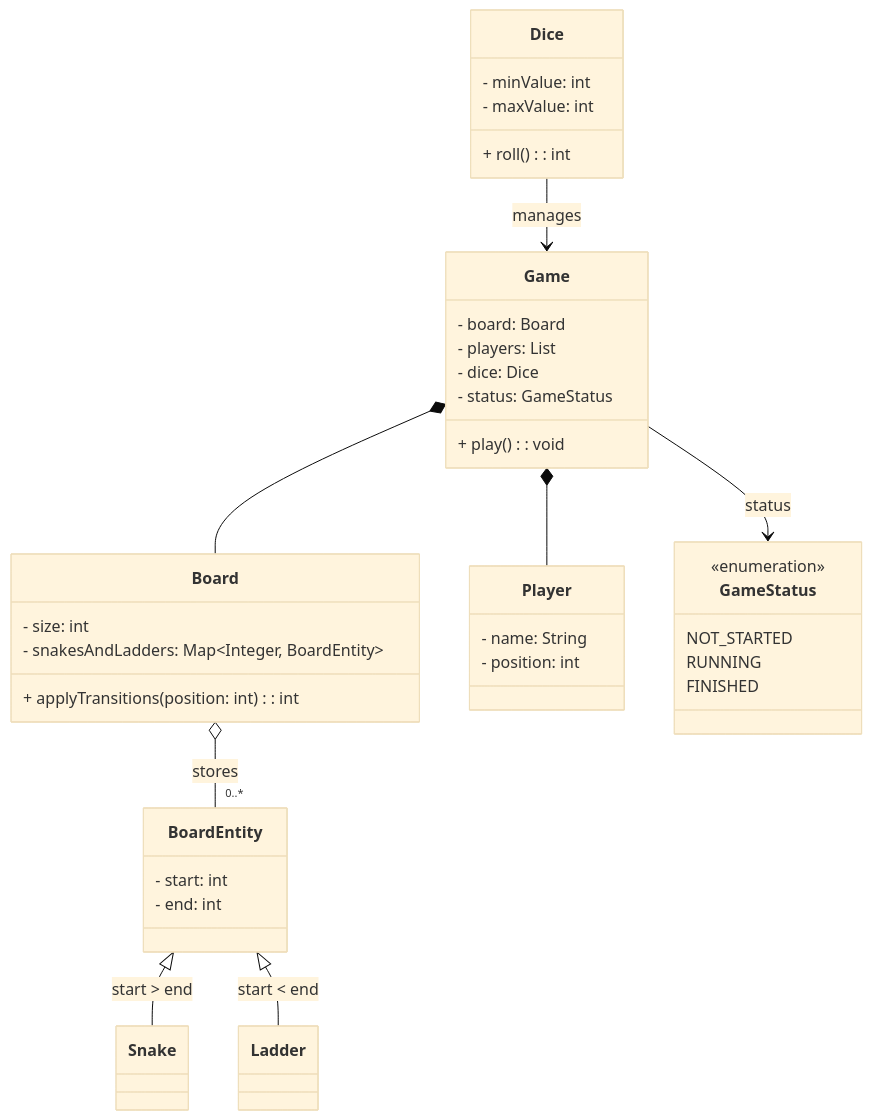
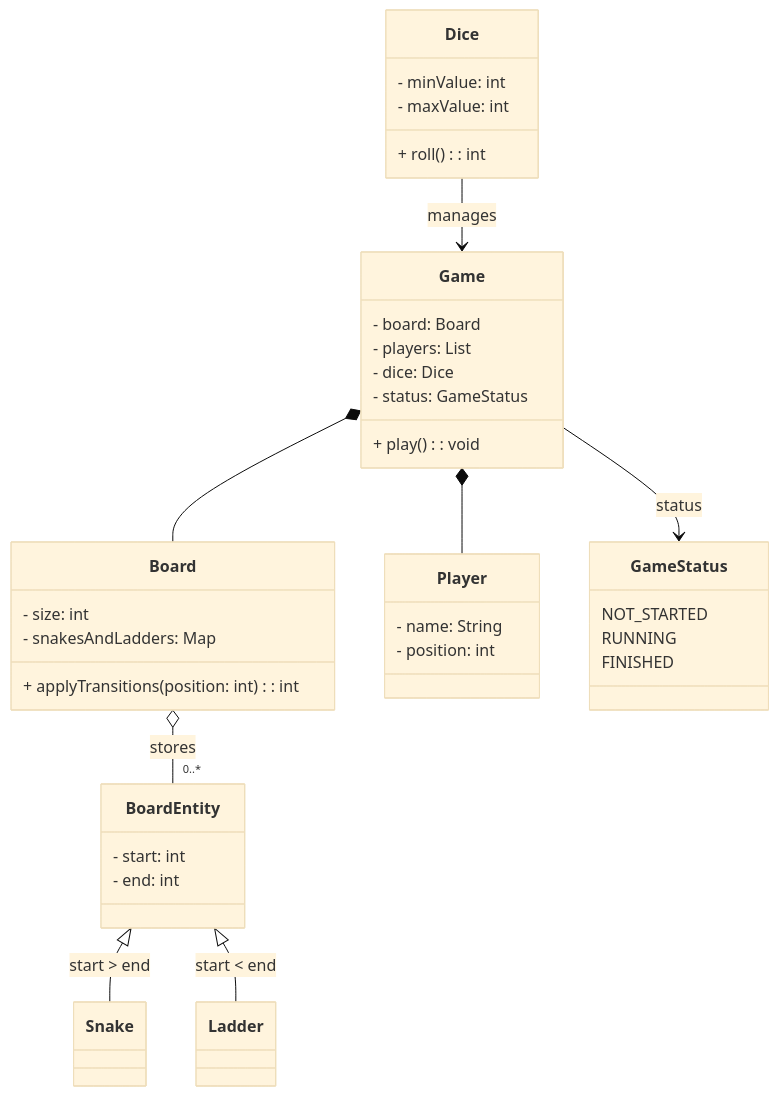
Before and after one commit to inland-taipen/Assignment1-LLD-: the second of 2 diagrams in SnakesAndLadders/README.md, drawn with Mermaid (base theme).

Commit message:
Fix Mermaid diagram syntax
Made-with: Cursor

````diff
--- a/SnakesAndLadders/README.md
+++ b/SnakesAndLadders/README.md
@@ -94,53 +94,53 @@
 ```mermaid
 classDiagram
 direction TB
 
 class Game {
   - board: Board
   - players: List<Player>
   - dice: Dice
   - status: GameStatus
   + play(): void
 }
 
 class Dice {
   - minValue: int
   - maxValue: int
   + roll(): int
 }
 
 class Board {
   - size: int
-  - snakesAndLadders: Map~Integer, BoardEntity~
+  - snakesAndLadders: Map
   + applyTransitions(position: int): int
 }
 
 class Player {
   - name: String
   - position: int
 }
 
-class GameStatus <<enumeration>> {
+class GameStatus {
   NOT_STARTED
   RUNNING
   FINISHED
 }
 
 class BoardEntity {
   - start: int
   - end: int
 }
 
 class Snake
 class Ladder
 
 Game *-- Board
 Game *-- Player
 Dice --> Game : manages
 Game --> GameStatus : status
 
 Board o-- "0..*" BoardEntity : stores
 
 BoardEntity <|-- Snake : start > end
 BoardEntity <|-- Ladder : start < end
 ```
````
